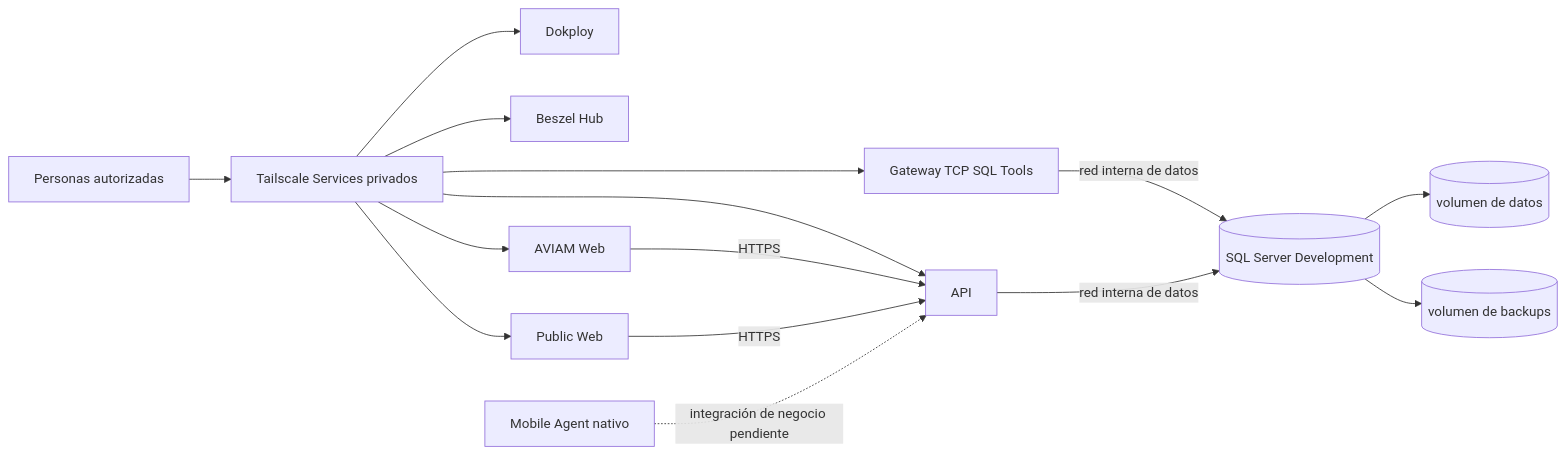
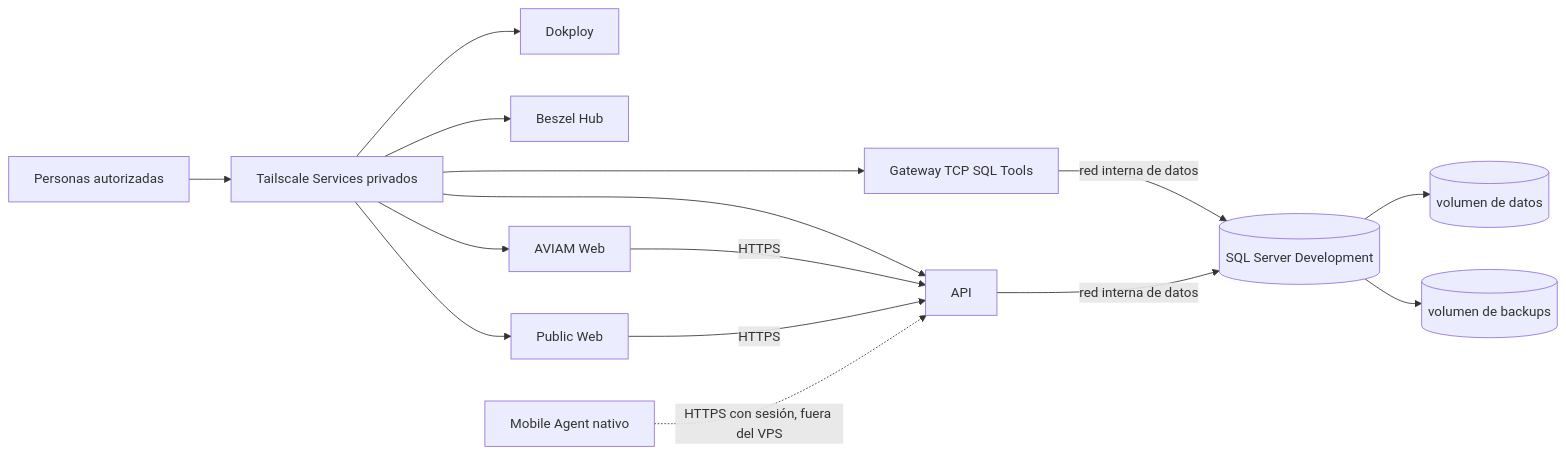
Before and after one commit to ErickEduardo027/ELEVANT: the diagram in Vault/09-operaciones/topologia-y-limites-development.md, drawn with Mermaid. The commit also changed other lines of this file and 51 other files, not shown here.

````diff
--- a/Vault/09-operaciones/topologia-y-limites-development.md
+++ b/Vault/09-operaciones/topologia-y-limites-development.md
@@ -33,17 +33,17 @@
 ```mermaid
 flowchart LR
     U[Personas autorizadas] --> TS[Tailscale Services privados]
     TS --> DP[Dokploy]
     TS --> OBS[Beszel Hub]
     TS --> API[API]
     TS --> AW[AVIAM Web]
     TS --> PW[Public Web]
     TS --> GW[Gateway TCP SQL Tools]
     AW -->|HTTPS| API
     PW -->|HTTPS| API
     GW -->|red interna de datos| SQL[(SQL Server Development)]
     API -->|red interna de datos| SQL
     SQL --> DATA[(volumen de datos)]
     SQL --> BACK[(volumen de backups)]
-    MOBILE[Mobile Agent nativo] -. integración de negocio pendiente .-> API
+    MOBILE[Mobile Agent nativo] -. HTTPS con sesión, fuera del VPS .-> API
 ```
````
